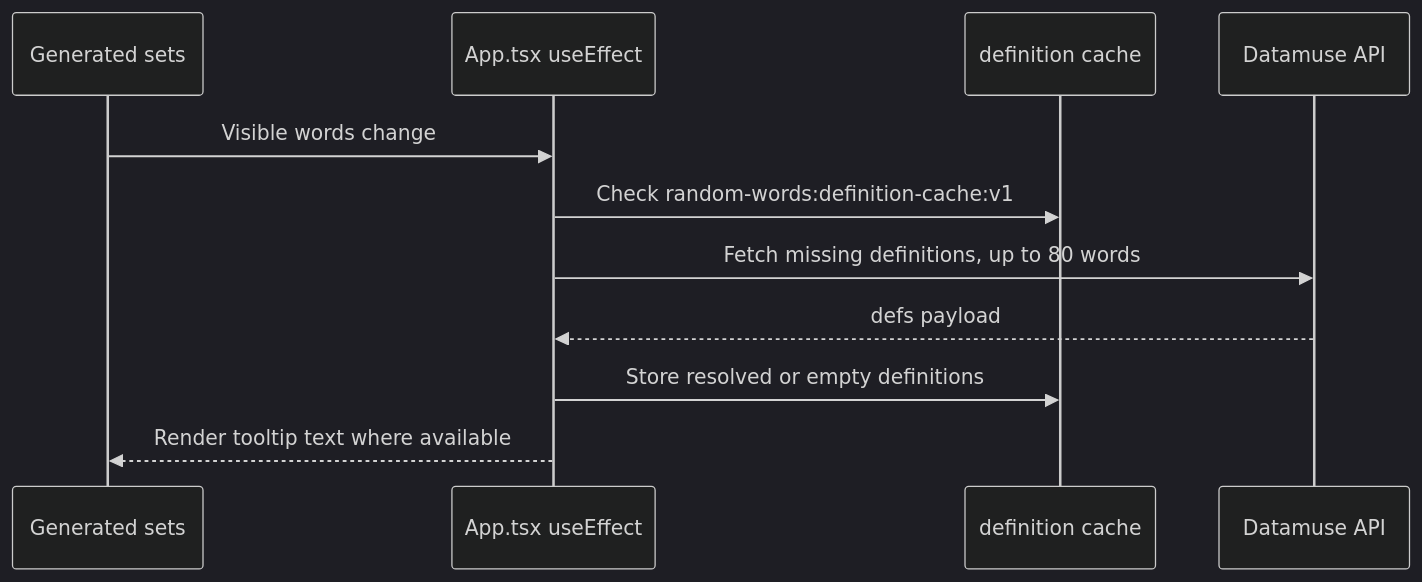
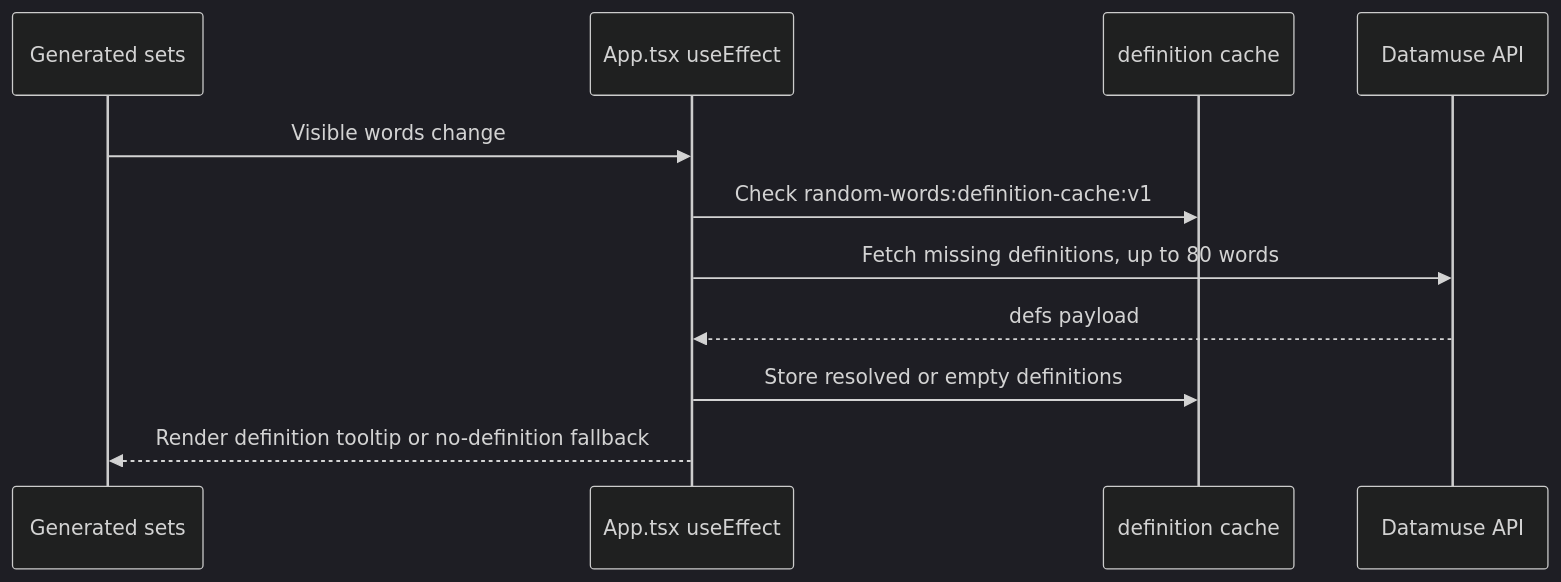
One commit to danysdragons/random-words changed the eighth of 14 diagrams in docs/architecture.md. Above: the diagram before and after it, drawn with Mermaid (dark theme). The commit also changed other lines of this file and 4 other files, not shown here.

````diff
--- a/docs/architecture.md
+++ b/docs/architecture.md
@@ -422,14 +422,14 @@
 ```mermaid
 sequenceDiagram
   participant Sets as Generated sets
   participant App as App.tsx useEffect
   participant Cache as definition cache
   participant DM as Datamuse API
 
   Sets->>App: Visible words change
   App->>Cache: Check random-words:definition-cache:v1
   App->>DM: Fetch missing definitions, up to 80 words
   DM-->>App: defs payload
   App->>Cache: Store resolved or empty definitions
-  App-->>Sets: Render tooltip text where available
+  App-->>Sets: Render definition tooltip or no-definition fallback
 ```
````
